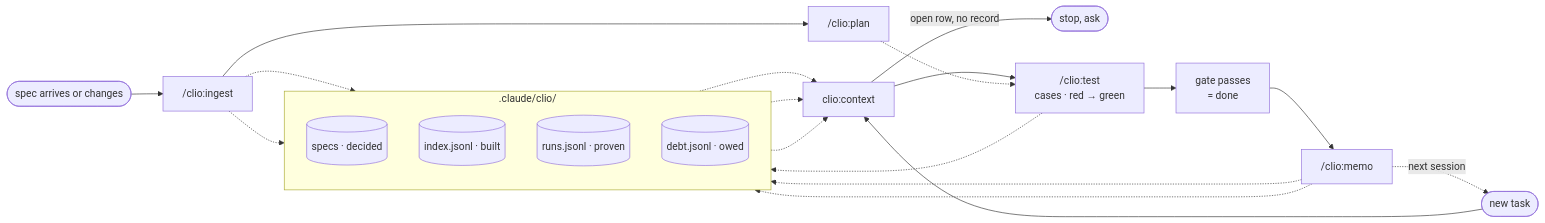
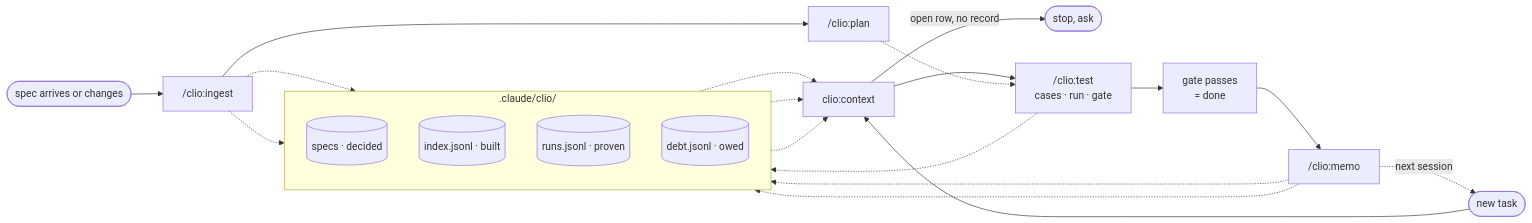
One commit to nhhthong/clio changed the diagram in README.md. Above: the diagram before and after it, drawn with Mermaid. The commit also changed other lines of this file and 14 other files, not shown here.

````diff
--- a/README.md
+++ b/README.md
@@ -165,23 +175,23 @@
 ```mermaid
 flowchart LR
     subgraph ledgers[".claude/clio/"]
         direction TB
         S[("specs · decided")]
         I[("index.jsonl · built")]
         E[("runs.jsonl · proven")]
         D[("debt.jsonl · owed")]
     end
 
     A(["new task"]) --> B["clio:context"]
     S & I & D -.-> B
     B -- "open row, no record" --> X(["stop, ask"])
-    B --> T["/clio:test<br/>cases · red → green"]
+    B --> T["/clio:test<br/>cases · run · gate"]
     T -.-> E
     T --> C["gate passes<br/>= done"]
     C --> M["/clio:memo"]
     M -.-> I & D
     M -. "next session" .-> A
 
     R(["spec arrives or changes"]) --> U["/clio:ingest"] -.-> S & D
     U --> P["/clio:plan"] -.-> T
 ```
````
